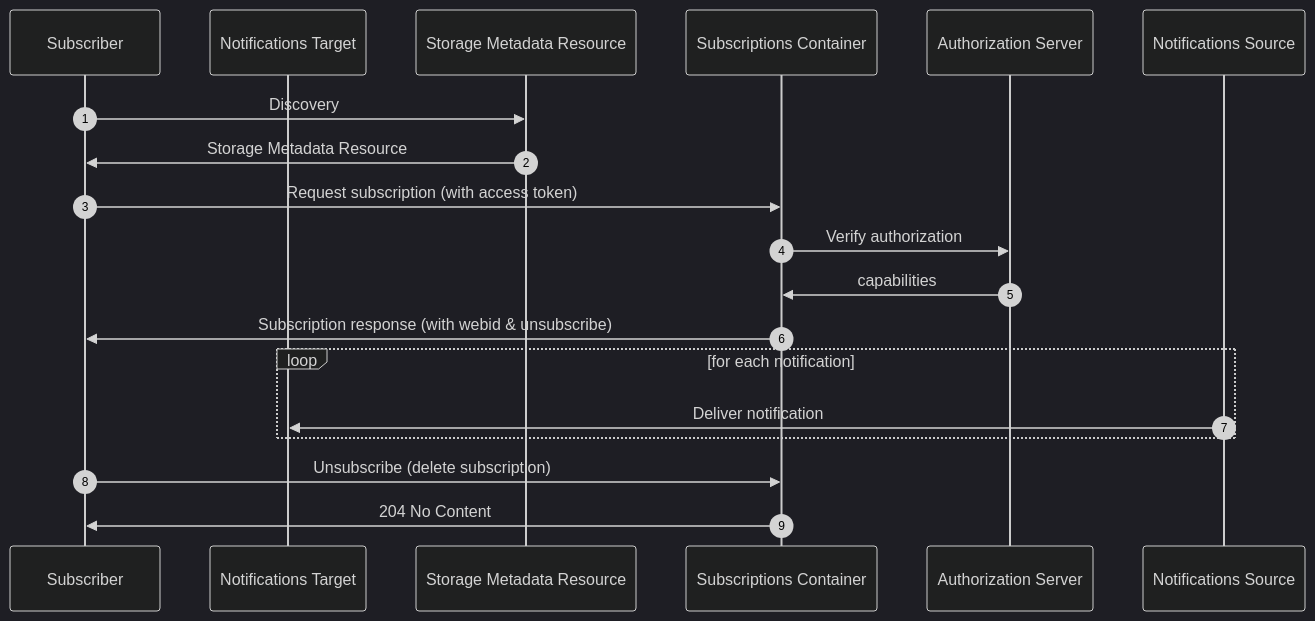
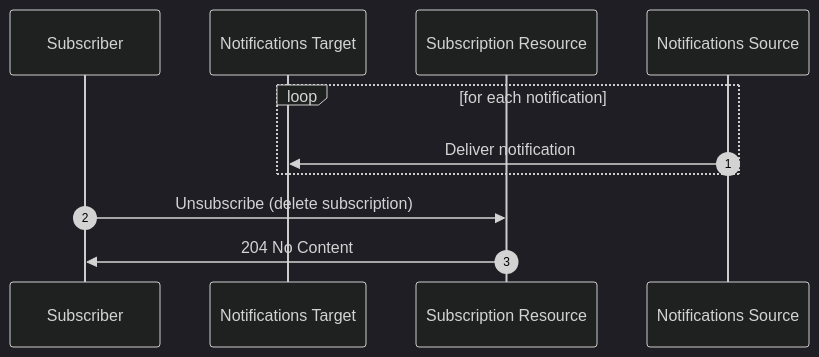
Before and after one commit to solid/notifications: the diagram in notifications-flow-target.mmd, drawn with Mermaid (dark theme). The commit also changed 3 other files, not shown here.

Commit message:
Simplify flow diagrams

```diff
--- a/notifications-flow-target.mmd
+++ b/notifications-flow-target.mmd
@@ -1,20 +1,12 @@
 sequenceDiagram
   autonumber
   participant Subscriber
   participant Notifications Target
-  participant Storage Metadata Resource
-  participant Subscriptions Container
-  participant Authorization Server
+  participant Subscription Resource
   participant Notifications Source
 
-  Subscriber ->> Storage Metadata Resource: Discovery
-  Storage Metadata Resource ->> Subscriber: Storage Metadata Resource
-  Subscriber ->> Subscriptions Container: Request subscription (with access token)
-  Subscriptions Container ->> Authorization Server: Verify authorization
-  Authorization Server ->> Subscriptions Container: capabilities
-  Subscriptions Container ->> Subscriber: Subscription response (with webid & unsubscribe)
   loop for each notification
     Notifications Source ->> Notifications Target: Deliver notification
   end
-  Subscriber ->> Subscriptions Container: Unsubscribe (delete subscription)
-  Subscriptions Container ->> Subscriber: 204 No Content
+  Subscriber ->> Subscription Resource: Unsubscribe (delete subscription)
+  Subscription Resource ->> Subscriber: 204 No Content
```
